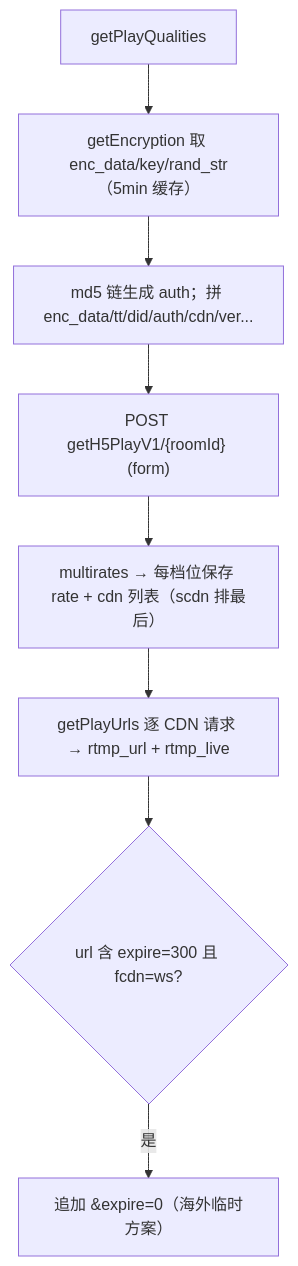
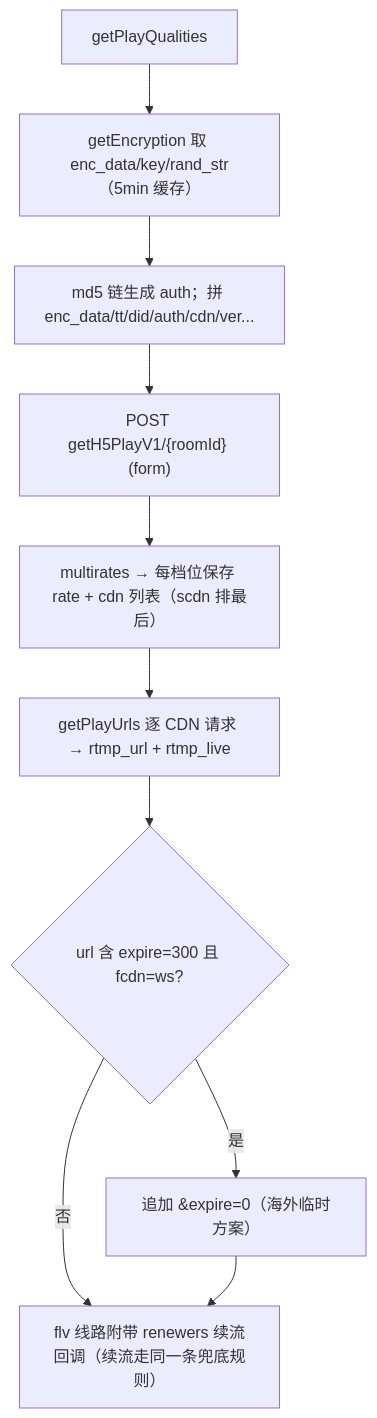
One commit to gaoxing64/dart_simple_live changed the seventh of 12 diagrams in simple_live_core/doc/workflow-diagram.md. Above: the diagram before and after it, drawn with Mermaid. The commit also changed other lines of this file and 6 other files, not shown here.

````diff
--- a/simple_live_core/doc/workflow-diagram.md
+++ b/simple_live_core/doc/workflow-diagram.md
@@ -192,10 +192,12 @@
 ```mermaid
 flowchart TD
     A["getPlayQualities"] --> B["getEncryption 取 enc_data/key/rand_str（5min 缓存）"]
     B --> C["md5 链生成 auth；拼 enc_data/tt/did/auth/cdn/ver..."]
     C --> D["POST getH5PlayV1/{roomId} (form)"]
     D --> E["multirates → 每档位保存 rate + cdn 列表（scdn 排最后）"]
     E --> F["getPlayUrls 逐 CDN 请求 → rtmp_url + rtmp_live"]
     F --> G{"url 含 expire=300 且 fcdn=ws?"}
     G -- "是" --> H["追加 &expire=0（海外临时方案）"]
+    G -- "否" --> I["flv 线路附带 renewers 续流回调（续流走同一条兜底规则）"]
+    H --> I
 ```
````
